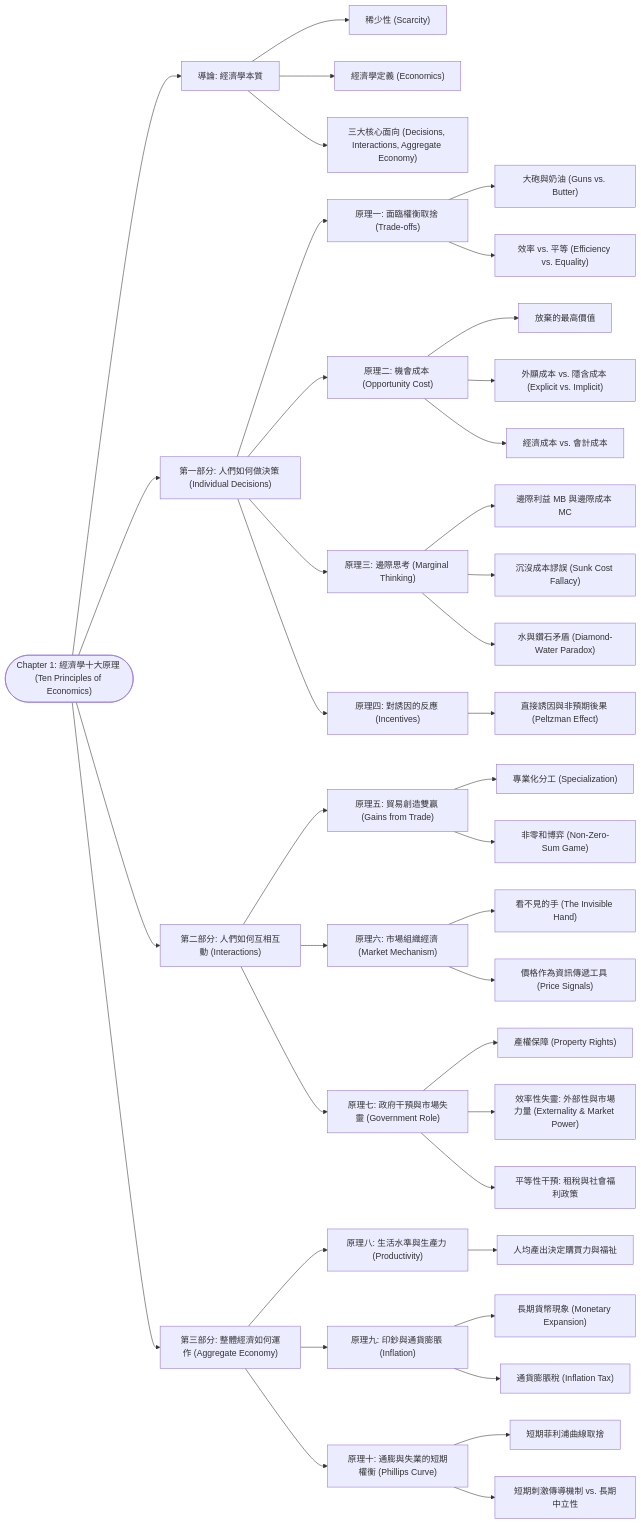
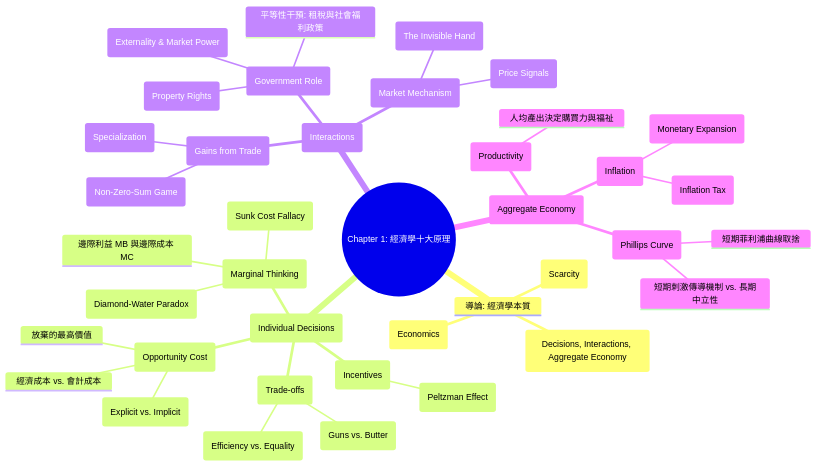
The diagram in Study_Materials/經濟學/Chapter_1_教材.md (cupid00772/Study-AI), drawn with Mermaid before and after one commit. The commit also changed other lines of this file and 426 other files, not shown here.

````diff
--- a/Study_Materials/經濟學/Chapter_1_教材.md
+++ b/Study_Materials/經濟學/Chapter_1_教材.md
@@ -11,49 +11,42 @@
 ```mermaid
-flowchart LR
-    Root(["Chapter 1: 經濟學十大原理 (Ten Principles of Economics)"])
-
-    Root --> Sec1["導論: 經濟學本質"]
-    Sec1 --> Sub1["稀少性 (Scarcity)"]
-    Sec1 --> Sub2["經濟學定義 (Economics)"]
-    Sec1 --> Sub3["三大核心面向 (Decisions, Interactions, Aggregate Economy)"]
-    Root --> Sec2["第一部分: 人們如何做決策 (Individual Decisions)"]
-    Sec2 --> Sub4["原理一: 面臨權衡取捨 (Trade-offs)"]
-    Sub4 --> Det1["大砲與奶油 (Guns vs. Butter)"]
-    Sub4 --> Det2["效率 vs. 平等 (Efficiency vs. Equality)"]
-    Sec2 --> Sub5["原理二: 機會成本 (Opportunity Cost)"]
-    Sub5 --> Det3["放棄的最高價值"]
-    Sub5 --> Det4["外顯成本 vs. 隱含成本 (Explicit vs. Implicit)"]
-    Sub5 --> Det5["經濟成本 vs. 會計成本"]
-    Sec2 --> Sub6["原理三: 邊際思考 (Marginal Thinking)"]
-    Sub6 --> Det6["邊際利益 MB 與邊際成本 MC"]
-    Sub6 --> Det7["沉沒成本謬誤 (Sunk Cost Fallacy)"]
-    Sub6 --> Det8["水與鑽石矛盾 (Diamond-Water Paradox)"]
-    Sec2 --> Sub7["原理四: 對誘因的反應 (Incentives)"]
-    Sub7 --> Det9["直接誘因與非預期後果 (Peltzman Effect)"]
-    Root --> Sec3["第二部分: 人們如何互相互動 (Interactions)"]
-    Sec3 --> Sub8["原理五: 貿易創造雙贏 (Gains from Trade)"]
-    Sub8 --> Det10["專業化分工 (Specialization)"]
-    Sub8 --> Det11["非零和博弈 (Non-Zero-Sum Game)"]
-    Sec3 --> Sub9["原理六: 市場組織經濟 (Market Mechanism)"]
-    Sub9 --> Det12["看不見的手 (The Invisible Hand)"]
-    Sub9 --> Det13["價格作為資訊傳遞工具 (Price Signals)"]
-    Sec3 --> Sub10["原理七: 政府干預與市場失靈 (Government Role)"]
-    Sub10 --> Det14["產權保障 (Property Rights)"]
-    Sub10 --> Det15["效率性失靈: 外部性與市場力量 (Externality & Market Power)"]
-    Sub10 --> Det16["平等性干預: 租稅與社會福利政策"]
-    Root --> Sec4["第三部分: 整體經濟如何運作 (Aggregate Economy)"]
-    Sec4 --> Sub11["原理八: 生活水準與生產力 (Productivity)"]
-    Sub11 --> Det17["人均產出決定購買力與福祉"]
-    Sec4 --> Sub12["原理九: 印鈔與通貨膨脹 (Inflation)"]
-    Sub12 --> Det18["長期貨幣現象 (Monetary Expansion)"]
-    Sub12 --> Det19["通貨膨脹稅 (Inflation Tax)"]
-    Sec4 --> Sub13["原理十: 通膨與失業的短期權衡 (Phillips Curve)"]
-    Sub13 --> Det20["短期菲利浦曲線取捨"]
-    Sub13 --> Det21["短期刺激傳導機制 vs. 長期中立性"]
-
-    %% 節點點擊跳轉事件 (可點擊跳轉至各知識點)
-    click Sec1 href "#sec-1" "👉 點擊前往 導論: 經濟學本質"
-    click Sec2 href "#sec-2" "👉 點擊前往 第一部分: 人們如何做決策 (Individual Decisions)"
-    click Sec3 href "#sec-3" "👉 點擊前往 第二部分: 人們如何互相互動 (Interactions)"
-    click Sec4 href "#sec-4" "👉 點擊前往 第三部分: 整體經濟如何運作 (Aggregate Economy)"
+mindmap
+  root((Chapter 1: 經濟學十大原理))
+    導論: 經濟學本質
+      稀少性 (Scarcity)
+      經濟學定義 (Economics)
+      三大核心面向 (Decisions, Interactions, Aggregate Economy)
+    第一部分: 人們如何做決策 (Individual Decisions)
+      原理一: 面臨權衡取捨 (Trade-offs)
+        大砲與奶油 (Guns vs. Butter)
+        效率 vs. 平等 (Efficiency vs. Equality)
+      原理二: 機會成本 (Opportunity Cost)
+        放棄的最高價值
+        外顯成本 vs. 隱含成本 (Explicit vs. Implicit)
+        經濟成本 vs. 會計成本
+      原理三: 邊際思考 (Marginal Thinking)
+        邊際利益 MB 與邊際成本 MC
+        沉沒成本謬誤 (Sunk Cost Fallacy)
+        水與鑽石矛盾 (Diamond-Water Paradox)
+      原理四: 對誘因的反應 (Incentives)
+        直接誘因與非預期後果 (Peltzman Effect)
+    第二部分: 人們如何互相互動 (Interactions)
+      原理五: 貿易創造雙贏 (Gains from Trade)
+        專業化分工 (Specialization)
+        非零和博弈 (Non-Zero-Sum Game)
+      原理六: 市場組織經濟 (Market Mechanism)
+        看不見的手 (The Invisible Hand)
+        價格作為資訊傳遞工具 (Price Signals)
+      原理七: 政府干預與市場失靈 (Government Role)
+        產權保障 (Property Rights)
+        效率性失靈: 外部性與市場力量 (Externality & Market Power)
+        平等性干預: 租稅與社會福利政策
+    第三部分: 整體經濟如何運作 (Aggregate Economy)
+      原理八: 生活水準與生產力 (Productivity)
+        人均產出決定購買力與福祉
+      原理九: 印鈔與通貨膨脹 (Inflation)
+        長期貨幣現象 (Monetary Expansion)
+        通貨膨脹稅 (Inflation Tax)
+      原理十: 通膨與失業的短期權衡 (Phillips Curve)
+        短期菲利浦曲線取捨
+        短期刺激傳導機制 vs. 長期中立性
 ```
````
